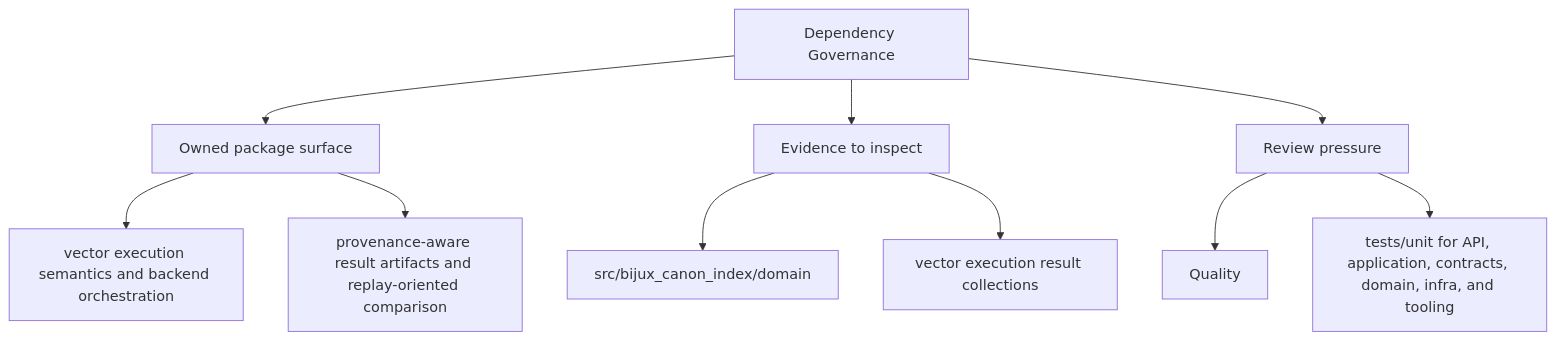
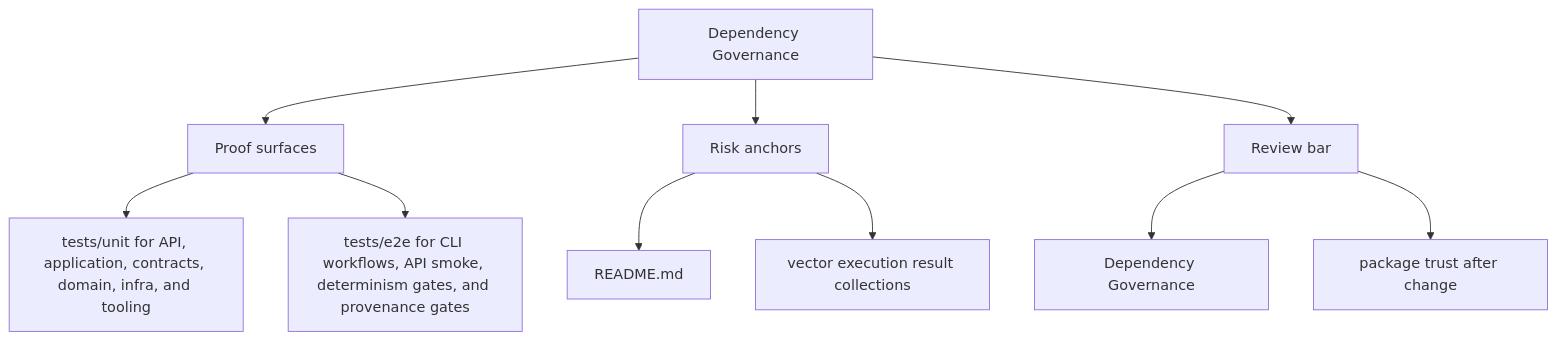
The second of 2 diagrams in docs/bijux-canon-index/quality/dependency-governance.md (bijux/bijux-canon), drawn with Mermaid before and after one commit. The commit also changed other lines of this file and 250 other files, not shown here.

Commit message:
docs(diagrams): make product page maps more readable

````diff
--- a/docs/bijux-canon-index/quality/dependency-governance.md
+++ b/docs/bijux-canon-index/quality/dependency-governance.md
@@ -35,22 +35,22 @@
 ```mermaid
 flowchart TD
     page["Dependency Governance"]
-    focus1["Owned package surface"]
+    focus1["Proof surfaces"]
     page --> focus1
-    focus1_1["vector execution semantics and backend orchestration"]
+    focus1_1["tests/unit for API, application, contracts, domain, infra, and tooling"]
     focus1 --> focus1_1
-    focus1_2["provenance-aware result artifacts and replay-oriented comparison"]
+    focus1_2["tests/e2e for CLI workflows, API smoke, determinism gates, and provenance gates"]
     focus1 --> focus1_2
-    focus2["Evidence to inspect"]
+    focus2["Risk anchors"]
     page --> focus2
-    focus2_1["src/bijux_canon_index/domain"]
+    focus2_1["README.md"]
     focus2 --> focus2_1
     focus2_2["vector execution result collections"]
     focus2 --> focus2_2
-    focus3["Review pressure"]
+    focus3["Review bar"]
     page --> focus3
-    focus3_1["Quality"]
+    focus3_1["Dependency Governance"]
     focus3 --> focus3_1
-    focus3_2["tests/unit for API, application, contracts, domain, infra, and tooling"]
+    focus3_2["package trust after change"]
     focus3 --> focus3_2
 ```
````
